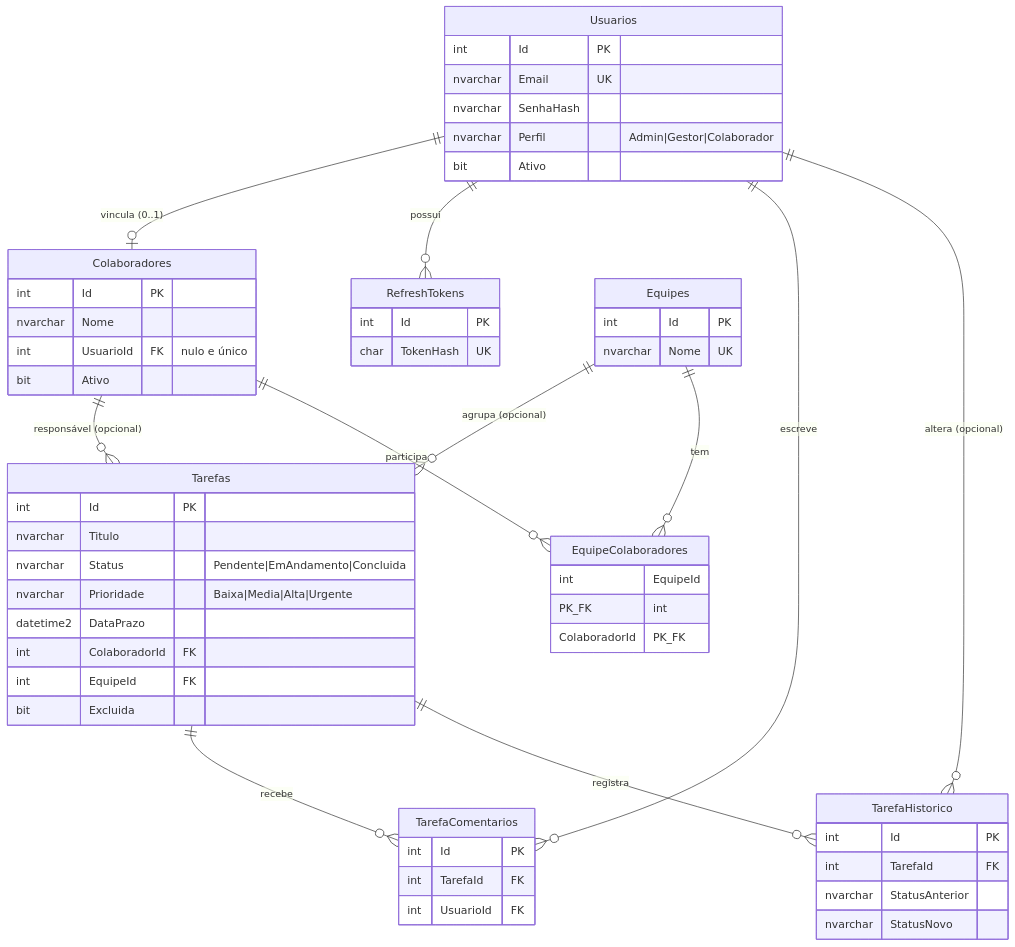
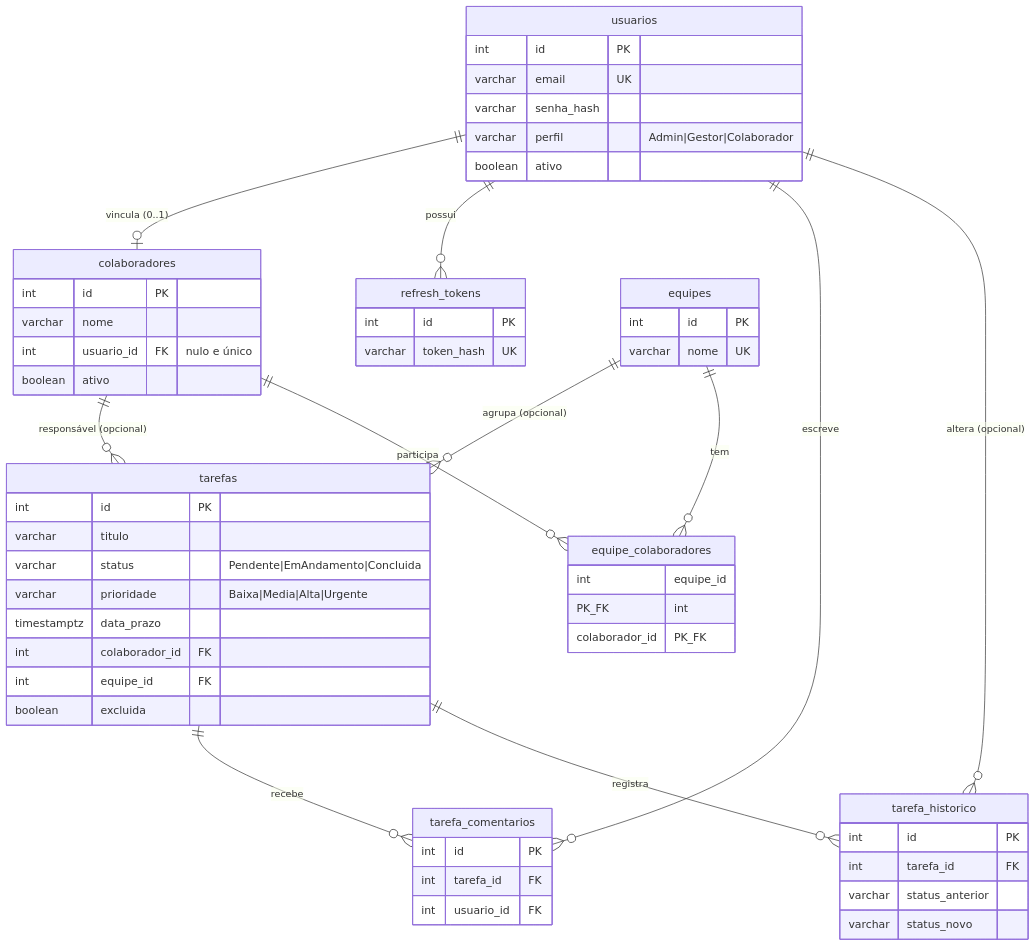
One commit to kZgiorgetti/PIMBackend changed the diagram in docs/MER.md. Above: the diagram before and after it, drawn with Mermaid. The commit also changed other lines of this file and 26 other files, not shown here.

````diff
--- a/docs/MER.md
+++ b/docs/MER.md
@@ -5,44 +7,44 @@
 ```mermaid
 erDiagram
-    Usuarios ||--o| Colaboradores : "vincula (0..1)"
-    Usuarios ||--o{ RefreshTokens : possui
-    Usuarios ||--o{ TarefaComentarios : escreve
-    Usuarios ||--o{ TarefaHistorico : "altera (opcional)"
-    Colaboradores ||--o{ Tarefas : "responsável (opcional)"
-    Equipes ||--o{ Tarefas : "agrupa (opcional)"
-    Equipes ||--o{ EquipeColaboradores : tem
-    Colaboradores ||--o{ EquipeColaboradores : participa
-    Tarefas ||--o{ TarefaComentarios : recebe
-    Tarefas ||--o{ TarefaHistorico : registra
+    usuarios ||--o| colaboradores : "vincula (0..1)"
+    usuarios ||--o{ refresh_tokens : possui
+    usuarios ||--o{ tarefa_comentarios : escreve
+    usuarios ||--o{ tarefa_historico : "altera (opcional)"
+    colaboradores ||--o{ tarefas : "responsável (opcional)"
+    equipes ||--o{ tarefas : "agrupa (opcional)"
+    equipes ||--o{ equipe_colaboradores : tem
+    colaboradores ||--o{ equipe_colaboradores : participa
+    tarefas ||--o{ tarefa_comentarios : recebe
+    tarefas ||--o{ tarefa_historico : registra
 
-    Usuarios { int Id PK
-      nvarchar Email UK
-      nvarchar SenhaHash
-      nvarchar Perfil "Admin|Gestor|Colaborador"
-      bit Ativo }
-    Colaboradores { int Id PK
-      nvarchar Nome
-      int UsuarioId FK "nulo e único"
-      bit Ativo }
-    Equipes { int Id PK
-      nvarchar Nome UK }
-    EquipeColaboradores { int EquipeId PK_FK
-      int ColaboradorId PK_FK }
-    Tarefas { int Id PK
-      nvarchar Titulo
-      nvarchar Status "Pendente|EmAndamento|Concluida"
-      nvarchar Prioridade "Baixa|Media|Alta|Urgente"
-      datetime2 DataPrazo
-      int ColaboradorId FK
-      int EquipeId FK
-      bit Excluida }
-    TarefaComentarios { int Id PK
-      int TarefaId FK
-      int UsuarioId FK }
-    TarefaHistorico { int Id PK
-      int TarefaId FK
-      nvarchar StatusAnterior
-      nvarchar StatusNovo }
-    RefreshTokens { int Id PK
-      char TokenHash UK }
+    usuarios { int id PK
+      varchar email UK
+      varchar senha_hash
+      varchar perfil "Admin|Gestor|Colaborador"
+      boolean ativo }
+    colaboradores { int id PK
+      varchar nome
+      int usuario_id FK "nulo e único"
+      boolean ativo }
+    equipes { int id PK
+      varchar nome UK }
+    equipe_colaboradores { int equipe_id PK_FK
+      int colaborador_id PK_FK }
+    tarefas { int id PK
+      varchar titulo
+      varchar status "Pendente|EmAndamento|Concluida"
+      varchar prioridade "Baixa|Media|Alta|Urgente"
+      timestamptz data_prazo
+      int colaborador_id FK
+      int equipe_id FK
+      boolean excluida }
+    tarefa_comentarios { int id PK
+      int tarefa_id FK
+      int usuario_id FK }
+    tarefa_historico { int id PK
+      int tarefa_id FK
+      varchar status_anterior
+      varchar status_novo }
+    refresh_tokens { int id PK
+      varchar token_hash UK }
 ```
````
